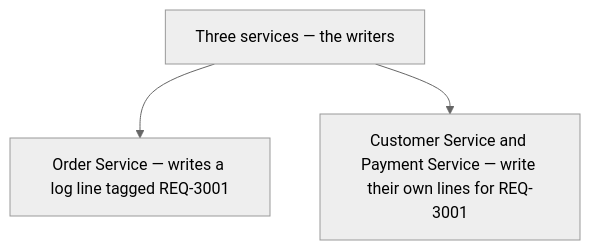
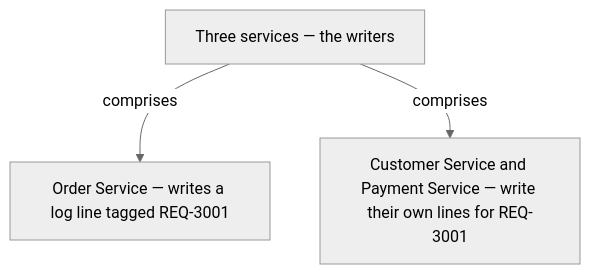
Before and after one commit to vinayakuber/microservices-io-study-guide: the fifth of 13 diagrams in docs/ch36-log-aggregation.md, drawn with Mermaid (neutral theme). The commit also changed other lines of this file and 71 other files, not shown here.

First line of the commit message:
R18: label every diagram arrow with its meaning

````diff
--- a/docs/ch36-log-aggregation.md
+++ b/docs/ch36-log-aggregation.md
@@ -203,6 +203,6 @@
 ```mermaid
 flowchart TD
   R["Three services — the writers"]
-  R --> P0["Order Service — writes a log line tagged REQ-3001"]
-  R --> P1["Customer Service and Payment Service — write their own lines for REQ-3001"]
+  R -->|"comprises"| P0["Order Service — writes a log line tagged REQ-3001"]
+  R -->|"comprises"| P1["Customer Service and Payment Service — write their own lines for REQ-3001"]
 ```
````
